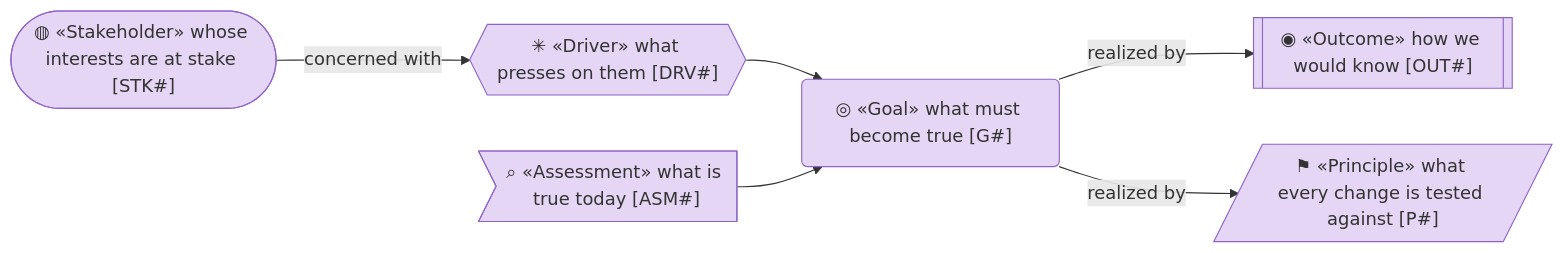
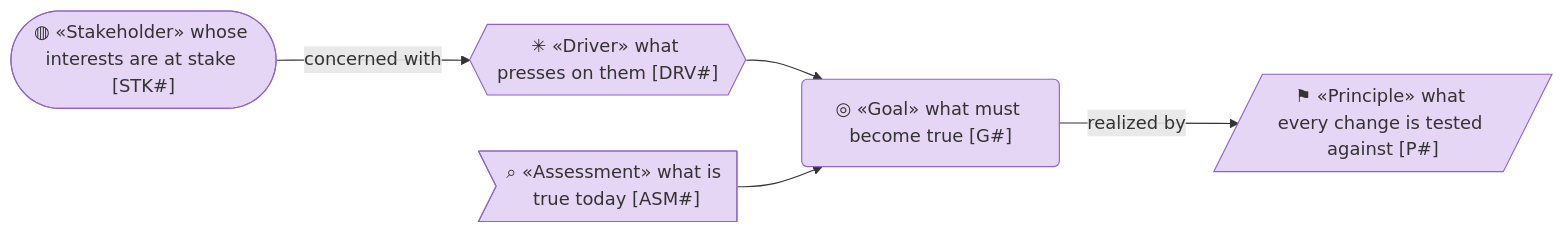
One commit to roanboc/dbx-enterprise-architecture changed the first of 4 diagrams in architecture/1_strategy/1_motivation.md. Above: the diagram before and after it, drawn with Mermaid. The commit also changed other lines of this file and 13 other files, not shown here.

````diff
--- a/architecture/1_strategy/1_motivation.md
+++ b/architecture/1_strategy/1_motivation.md
@@ -18,18 +21,16 @@
 ```mermaid
 flowchart LR
   %% legend
   n0(["◍ «Stakeholder» whose interests are at stake [STK#]"]):::motivation
   n1{{"✳ «Driver» what presses on them [DRV#]"}}:::motivation
   n2>"⌕ «Assessment» what is true today [ASM#]"]:::motivation
   n3("◎ «Goal» what must become true [G#]"):::motivation
   n4[/"⚑ «Principle» what every change is tested against [P#]"/]:::motivation
-  n5[["◉ «Outcome» how we would know [OUT#]"]]:::motivation
 
   n0 -->|concerned with| n1
   n1 --> n3
   n2 --> n3
-  n3 -->|realized by| n5
   n3 -->|realized by| n4
 
   classDef motivation fill:#e6d6f5,stroke:#8e63c8,color:#333
 ```
````
